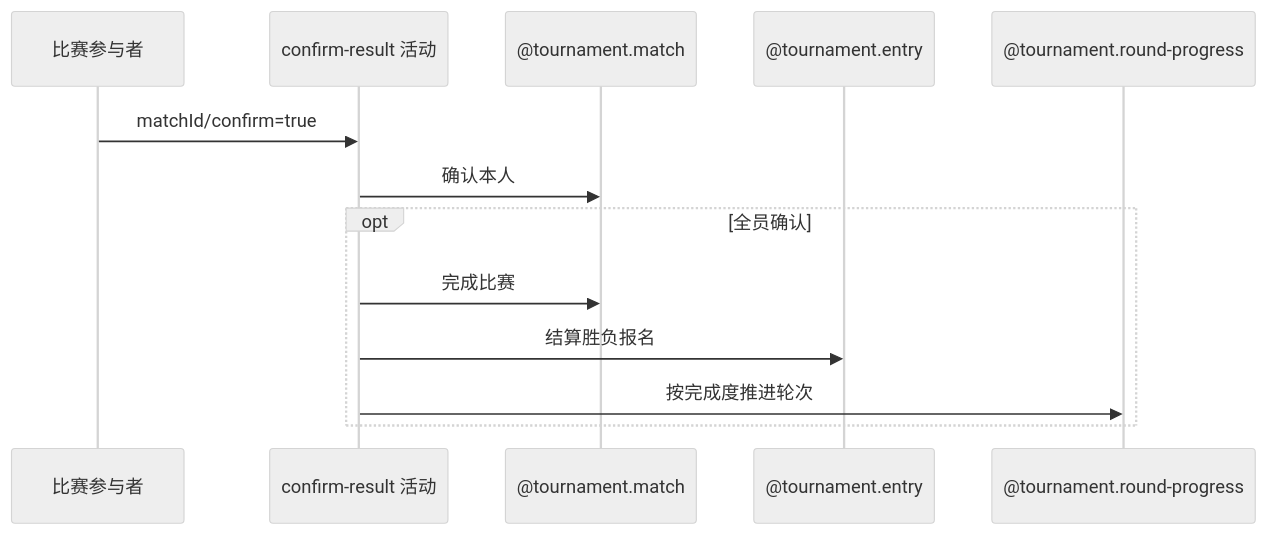
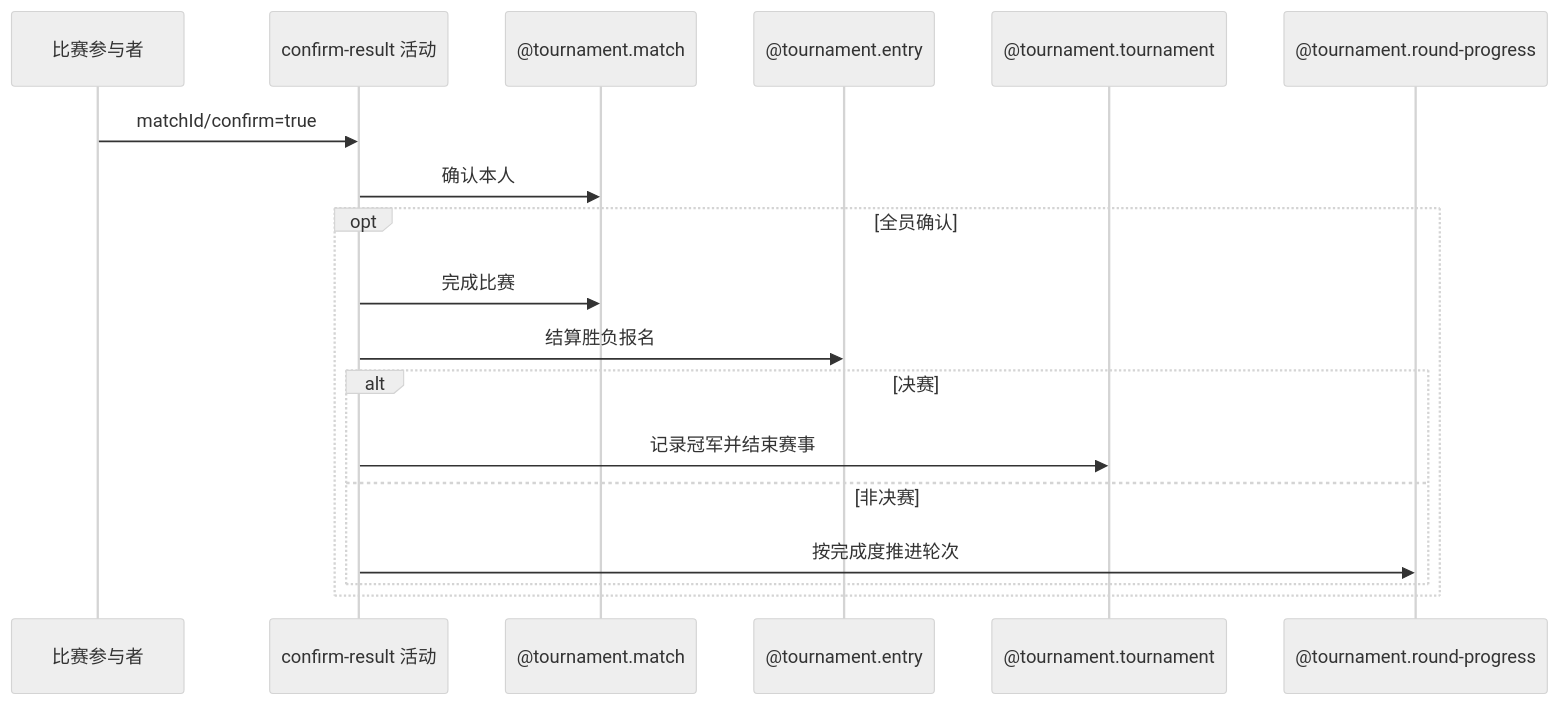
One commit to chxt100016/Rally changed the diagram in blueprint/spec/tournament/result-confirm/confirm-result/activity.md. Above: the diagram before and after it, drawn with Mermaid (neutral theme). The commit also changed other lines of this file and 170 other files, not shown here.

````diff
--- a/blueprint/spec/tournament/result-confirm/confirm-result/activity.md
+++ b/blueprint/spec/tournament/result-confirm/confirm-result/activity.md
@@ -13,15 +13,20 @@
 ```mermaid
 sequenceDiagram
     participant U as 比赛参与者
     participant A as confirm-result 活动
     participant M as @tournament.match
     participant E as @tournament.entry
+    participant T as @tournament.tournament
     participant R as @tournament.round-progress
     U->>A: matchId/confirm=true
     A->>M: 确认本人
     opt 全员确认
         A->>M: 完成比赛
         A->>E: 结算胜负报名
-        A->>R: 按完成度推进轮次
+        alt 决赛
+            A->>T: 记录冠军并结束赛事
+        else 非决赛
+            A->>R: 按完成度推进轮次
+        end
     end
 ```
````
